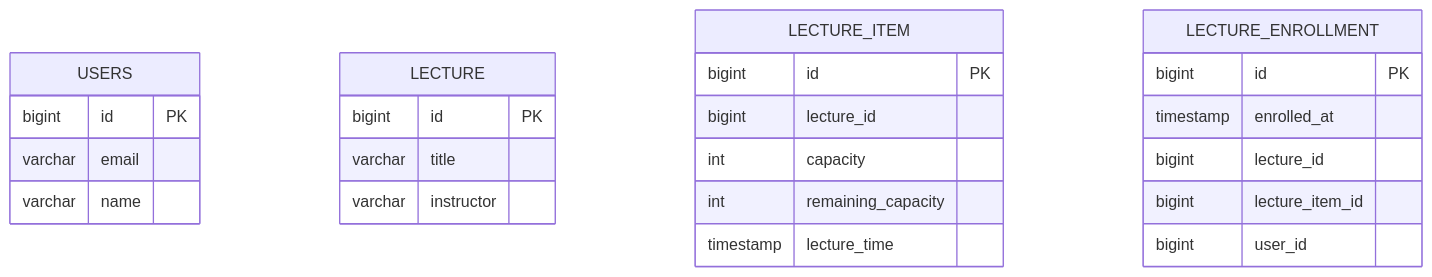
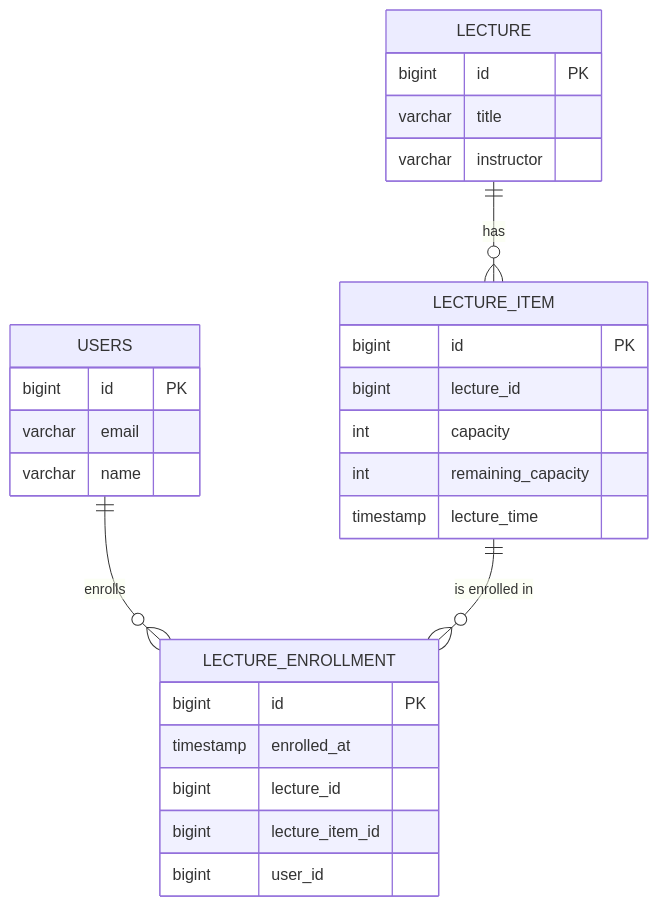
One commit to rueun/hhplus-clean-architecture changed the diagram in docs/erd_overview.md. Above: the diagram before and after it, drawn with Mermaid. The commit also changed other lines of this file, not shown here.

Commit message:
docs: ERD 명세 보완

````diff
--- a/docs/erd_overview.md
+++ b/docs/erd_overview.md
@@ -4,30 +4,35 @@
 ```mermaid
 erDiagram
     USERS {
         bigint id PK
         varchar email
         varchar name
     }
 
     LECTURE {
         bigint id PK
         varchar title
         varchar instructor
     }
 
     LECTURE_ITEM {
         bigint id PK
         bigint lecture_id
         int capacity
         int remaining_capacity
         timestamp lecture_time
     }
 
     LECTURE_ENROLLMENT {
         bigint id PK
         timestamp enrolled_at
         bigint lecture_id
         bigint lecture_item_id
         bigint user_id
     }
+
+USERS ||--o{ LECTURE_ENROLLMENT : "enrolls"
+LECTURE ||--o{ LECTURE_ITEM : "has"
+LECTURE_ITEM ||--o{ LECTURE_ENROLLMENT : "is enrolled in"
+
 ```
````
